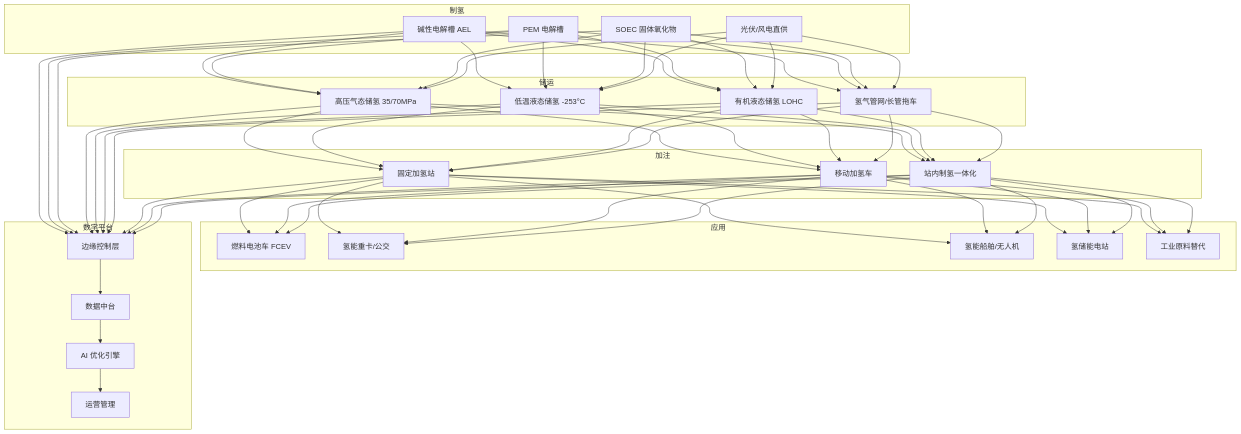
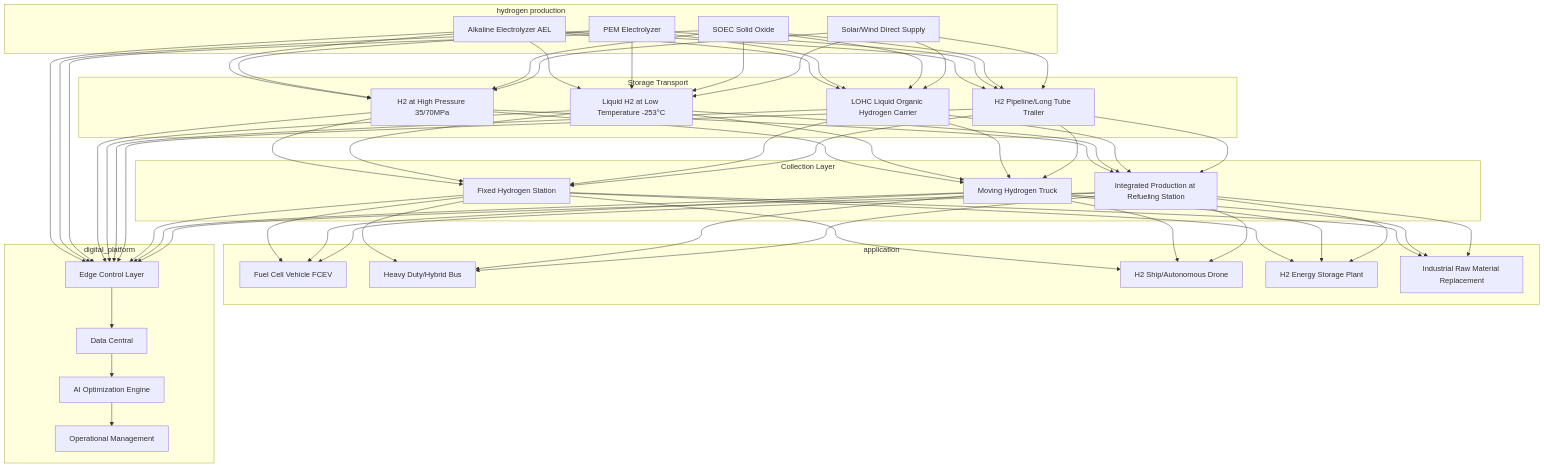
Before and after one commit to teaglebuilt/knowledge-tree: the first of 3 diagrams in tree/application/architecture/hydrogen-energy.md, drawn with Mermaid. The commit also changed other lines of this file and 18 other files, not shown here.

````diff
--- a/tree/application/architecture/hydrogen-energy.md
+++ b/tree/application/architecture/hydrogen-energy.md
@@ -115,45 +115,45 @@
 ```mermaid
 graph TB
-    subgraph 制氢
-        G1[碱性电解槽 AEL]
-        G2[PEM 电解槽]
-        G3[SOEC 固体氧化物]
-        G4[光伏/风电直供]
+    subgraph hydrogen production
+        G1[Alkaline Electrolyzer AEL]
+        G2[PEM Electrolyzer]
+        G3[SOEC Solid Oxide]
+        G4[Solar/Wind Direct Supply]
     end
 
-    subgraph 储运
-        S1[高压气态储氢 35/70MPa]
-        S2[低温液态储氢 -253°C]
-        S3[有机液态储氢 LOHC]
-        S4[氢气管网/长管拖车]
+    subgraph Storage Transport
+        S1[H2 at High Pressure 35/70MPa]
+        S2[Liquid H2 at Low Temperature -253°C]
+        S3[LOHC Liquid Organic Hydrogen Carrier]
+        S4[H2 Pipeline/Long Tube Trailer]
     end
 
-    subgraph 加注
-        F1[固定加氢站]
-        F2[移动加氢车]
-        F3[站内制氢一体化]
+    subgraph Collection Layer
+        F1[Fixed Hydrogen Station]
+        F2[Moving Hydrogen Truck]
+        F3[Integrated Production at Refueling Station]
     end
 
-    subgraph 应用
-        A1[燃料电池车 FCEV]
-        A2[氢能重卡/公交]
-        A3[氢能船舶/无人机]
-        A4[氢储能电站]
-        A5[工业原料替代]
+    subgraph application
+        A1[Fuel Cell Vehicle FCEV]
+        A2[Heavy Duty/Hybrid Bus]
+        A3[H2 Ship/Autonomous Drone]
+        A4[H2 Energy Storage Plant]
+        A5[Industrial Raw Material Replacement]
     end
 
-    subgraph 数字平台
-        P1[边缘控制层]
-        P2[数据中台]
-        P3[AI 优化引擎]
-        P4[运营管理]
+    subgraph digital_platform
+        P1["Edge Control Layer"]
+        P2["Data Central"]
+        P3["AI Optimization Engine"]
+        P4["Operational Management"]
     end
 
     G1 & G2 & G3 & G4 --> S1 & S2 & S3 & S4
     S1 & S2 & S3 & S4 --> F1 & F2 & F3
     F1 & F2 & F3 --> A1 & A2 & A3 & A4 & A5
     G1 & G2 & G3 --> P1
     S1 & S2 & S3 & S4 --> P1
     F1 & F2 & F3 --> P1
     P1 --> P2 --> P3 --> P4
 ```
````
